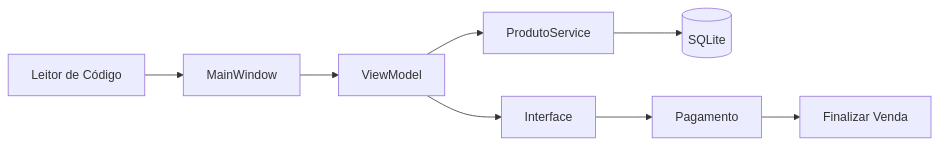
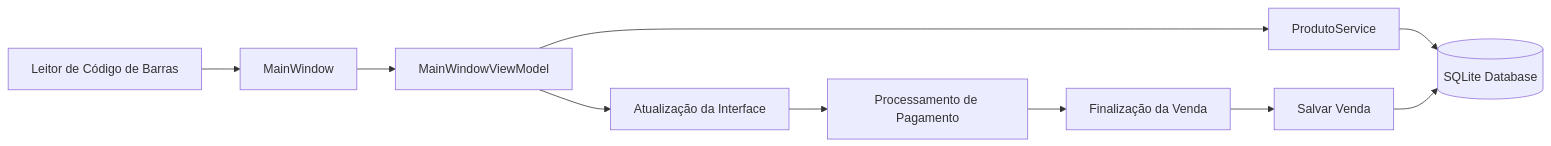
Before and after one commit to eu-waliston/MeuCaixa-PDV: the diagram in README.md, drawn with Mermaid. The commit also changed other lines of this file, not shown here.

Commit message:
Meu caixa

````diff
--- a/README.md
+++ b/README.md
@@ -220,10 +221,14 @@
 ```mermaid
-graph LR
-    A[Leitor de Código] --> B[MainWindow]
-    B --> C[ViewModel]
-    C --> D[ProdutoService]
-    D --> E[(SQLite)]
-    C --> F[Interface]
-    F --> G[Pagamento]
-    G --> H[Finalizar Venda]
+flowchart LR
+    A["Leitor de Código de Barras"] --> B["MainWindow"]
+    B --> C["MainWindowViewModel"]
+    C --> D["ProdutoService"]
+    D --> E[("SQLite Database")]
+
+    C --> F["Atualização da Interface"]
+    F --> G["Processamento de Pagamento"]
+    G --> H["Finalização da Venda"]
+
+    H --> I["Salvar Venda"]
+    I --> E
 ```
````
